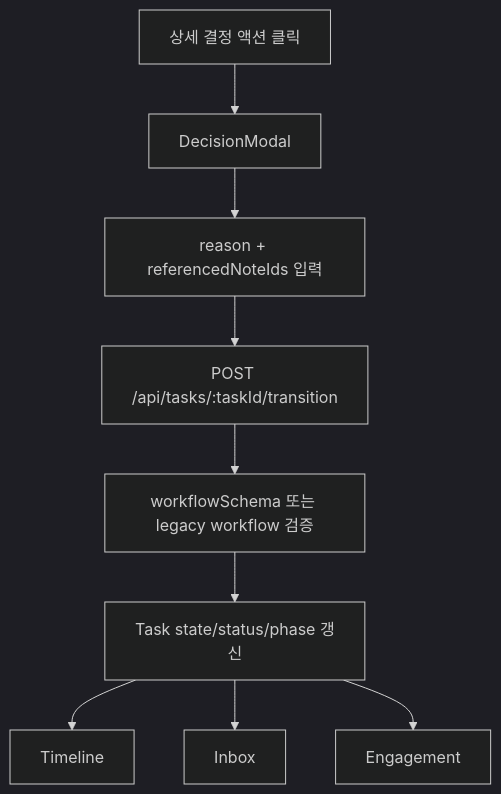
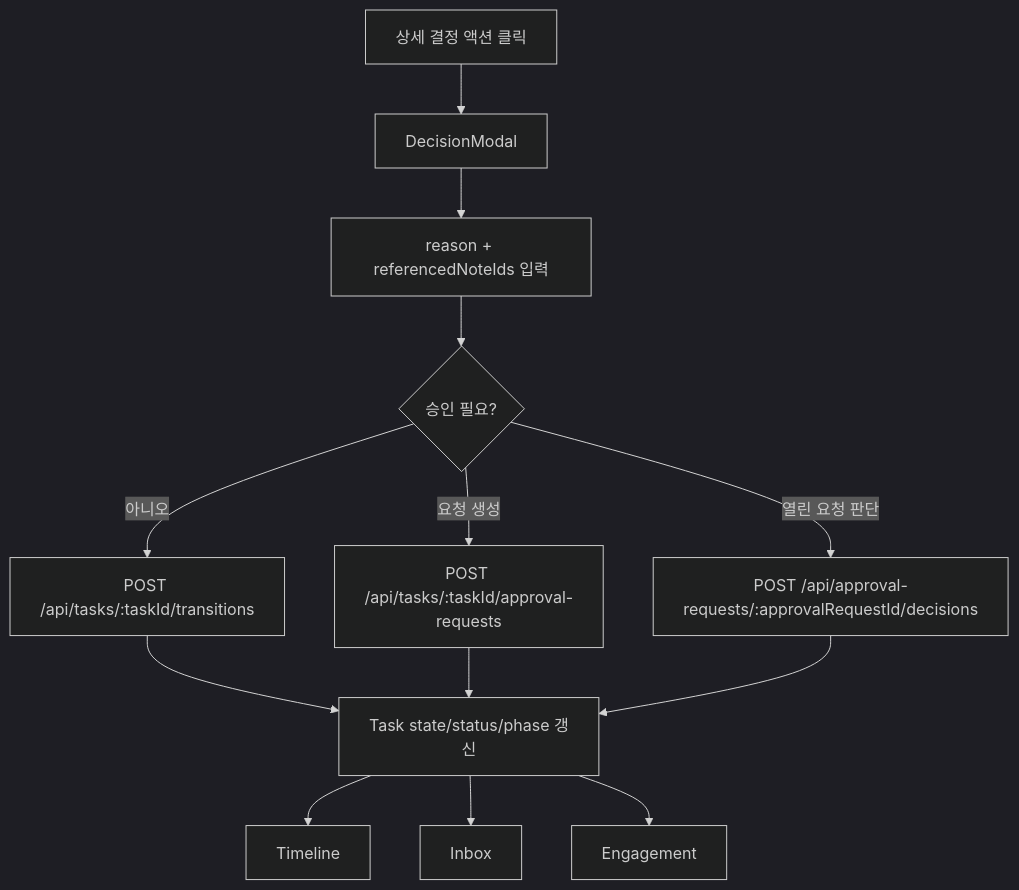
One commit to claire-yunsumin/test changed the fourth of 6 diagrams in docs/ACTION_FLOWS.md. Above: the diagram before and after it, drawn with Mermaid (dark theme). The commit also changed 22 other files, not shown here.

````diff
--- a/docs/ACTION_FLOWS.md
+++ b/docs/ACTION_FLOWS.md
@@ -46,11 +46,15 @@
 ```mermaid
 flowchart TD
   A[상세 결정 액션 클릭] --> B[DecisionModal]
   B --> C[reason + referencedNoteIds 입력]
-  C --> D[POST /api/tasks/:taskId/transition]
-  D --> E[workflowSchema 또는 legacy workflow 검증]
+  C --> D{승인 필요?}
+  D -->|아니오| E[POST /api/tasks/:taskId/transitions]
+  D -->|요청 생성| R[POST /api/tasks/:taskId/approval-requests]
+  D -->|열린 요청 판단| Q[POST /api/approval-requests/:approvalRequestId/decisions]
   E --> F[Task state/status/phase 갱신]
+  R --> F
+  Q --> F
   F --> G[Timeline]
   F --> H[Inbox]
   F --> I[Engagement]
 ```
````
